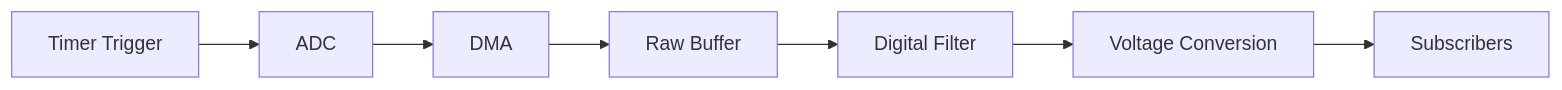
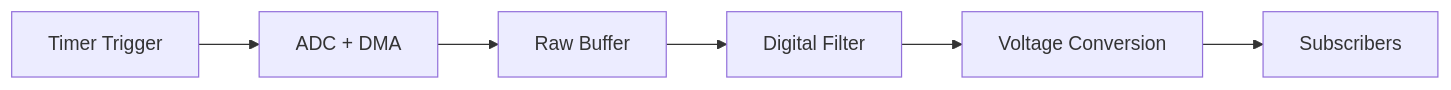
Before and after one commit to Electronya/embedded-services: the diagram in src/adcAcquisition/README.md, drawn with Mermaid. The commit also changed other lines of this file and 6 other files, not shown here.

````diff
--- a/src/adcAcquisition/README.md
+++ b/src/adcAcquisition/README.md
@@ -29,9 +34,8 @@
 ```mermaid
 flowchart LR
-    A[Timer Trigger] --> B[ADC]
-    B --> C[DMA]
-    C --> D[Raw Buffer]
-    D --> E[Digital Filter]
-    E --> F[Voltage Conversion]
-    F --> G[Subscribers]
+    A[Timer Trigger] --> B[ADC + DMA]
+    B --> C[Raw Buffer]
+    C --> D[Digital Filter]
+    D --> E[Voltage Conversion]
+    E --> F[Subscribers]
 ```
````
